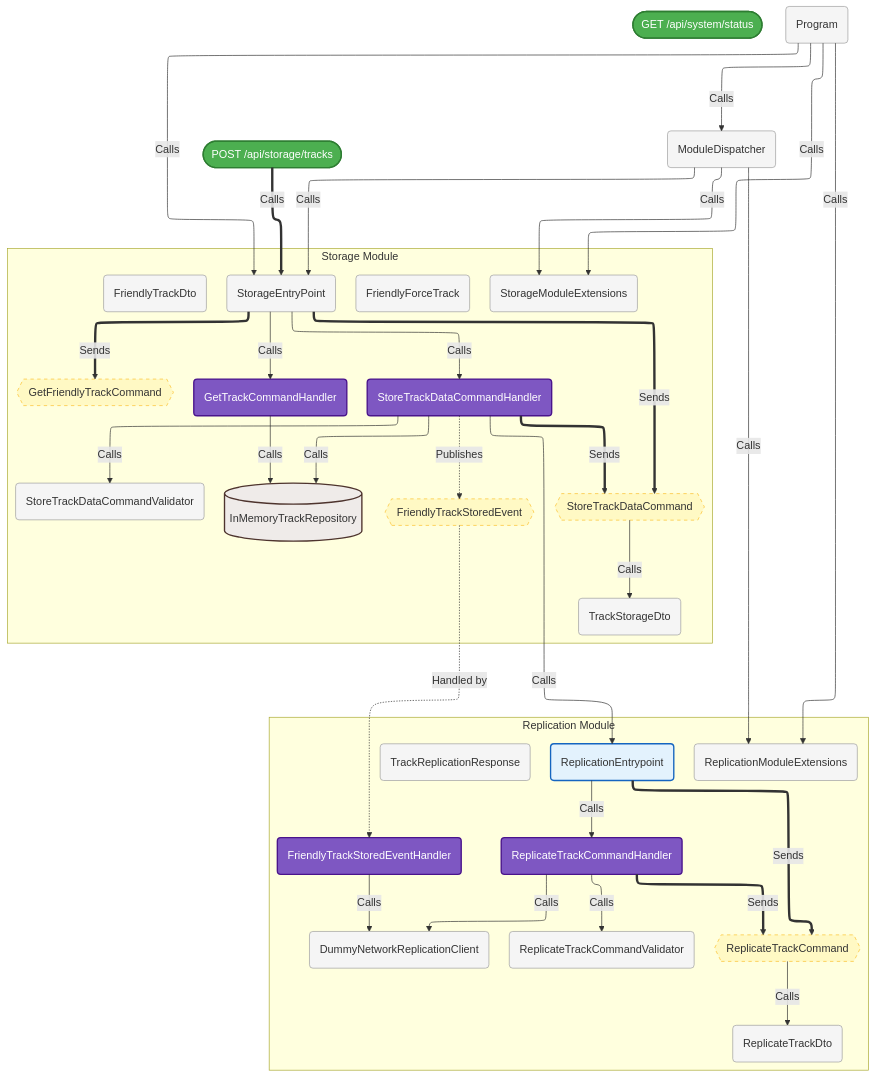
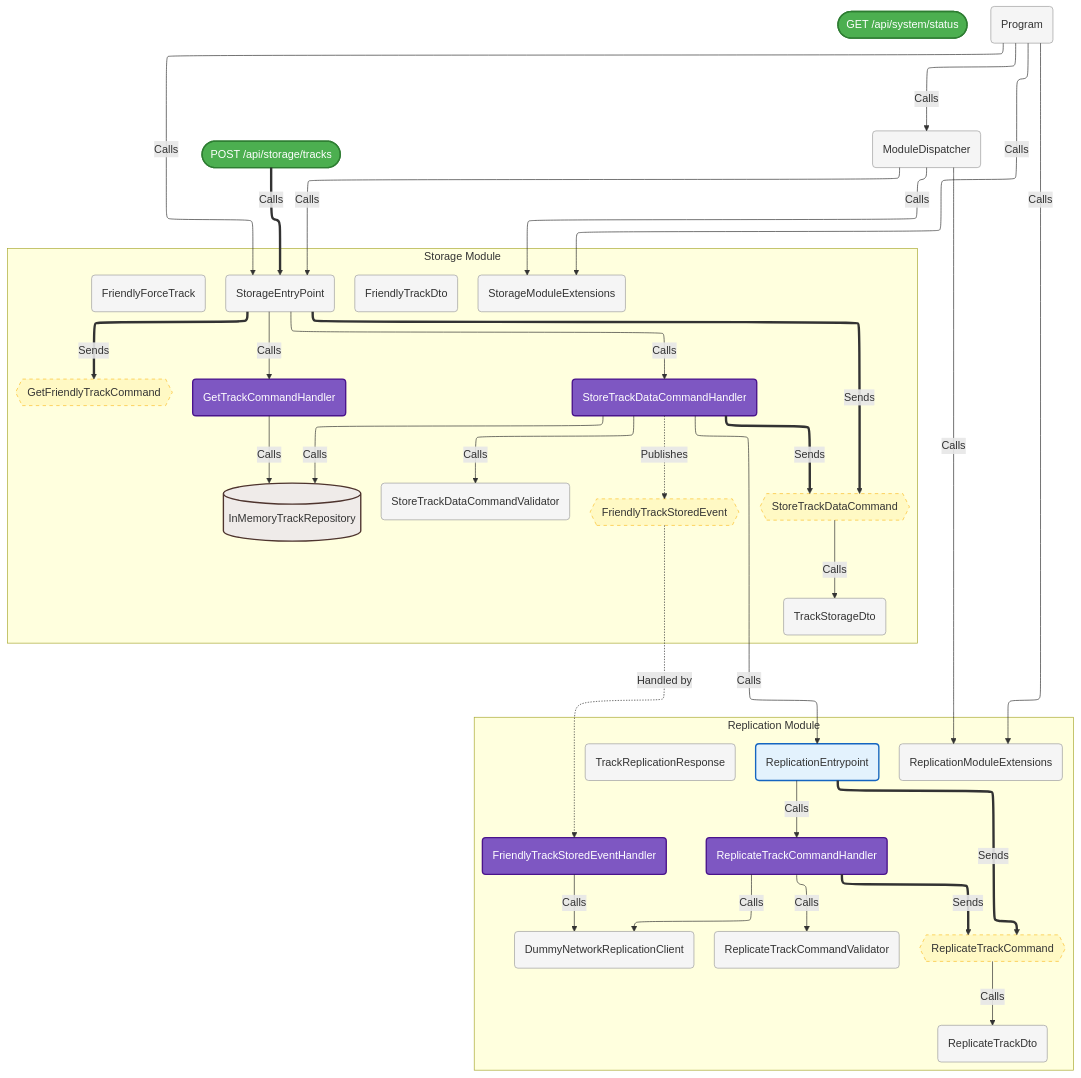
The diagram in src/Modulith.WebApi/ComponentDiagram.mmd (Wsm2110/Faster.Modulith.Pragmatic), drawn with Mermaid before and after one commit. The commit also changed other lines of this file and 1 other file, not shown here.

Commit message:
Add readme with auto generated architecture diagram

```diff
--- a/src/Modulith.WebApi/ComponentDiagram.mmd
+++ b/src/Modulith.WebApi/ComponentDiagram.mmd
@@ -1,64 +1,64 @@
 %%{init: {'flowchart': {'defaultRenderer': 'elk'}} }%%
 graph TD
     classDef endpoint fill:#4caf50,stroke:#2e7d32,stroke-width:2px,color:white;
     classDef facade fill:#e3f2fd,stroke:#1565c0,stroke-width:2px;
     classDef handler fill:#7e57c2,stroke:#4a148c,stroke-width:2px,color:white;
     classDef db fill:#efebe9,stroke:#4e342e,stroke-width:2px,shape:cylinder;
     classDef message fill:#fff9c4,stroke:#fbc02d,stroke-width:1px,stroke-dasharray: 5 5;
     classDef generic fill:#f5f5f5,stroke:#9e9e9e,stroke-width:1px;
     EP_POST_api_storage_tracks(["POST /api/storage/tracks"]):::endpoint
     EP_GET_api_system_status(["GET /api/system/status"]):::endpoint
     Program("Program"):::generic
     ModuleDispatcher("ModuleDispatcher"):::generic
-    subgraph Storage_Module ["Storage Module"]
-        Modulith_WebApi_Modules_Storage_StorageModuleExtensions("StorageModuleExtensions"):::generic
-        Modulith_WebApi_Modules_Storage_Application_StorageEntryPoint("StorageEntryPoint"):::generic
-        Modulith_WebApi_Modules_Storage_Application_CommandHandlers_StoreTrackDataCommand{{"StoreTrackDataCommand"}}:::message
-        Modulith_WebApi_Modules_Storage_Application_CommandHandlers_StoreTrackDataCommandValidator("StoreTrackDataCommandValidator"):::generic
-        Modulith_WebApi_Modules_Storage_Application_CommandHandlers_StoreTrackDataCommandHandler("StoreTrackDataCommandHandler"):::handler
-        Modulith_WebApi_Modules_Storage_Application_CommandHandlers_GetFriendlyTrackCommand{{"GetFriendlyTrackCommand"}}:::message
-        Modulith_WebApi_Modules_Storage_Application_CommandHandlers_GetTrackCommandHandler("GetTrackCommandHandler"):::handler
-        Modulith_WebApi_Modules_Storage_Infrastructure_InMemoryTrackRepository[("InMemoryTrackRepository")]:::db
-        Modulith_WebApi_Modules_Storage_Contracts_FriendlyTrackDto("FriendlyTrackDto"):::generic
-        Modulith_WebApi_Modules_Storage_Contracts_FriendlyTrackStoredEvent{{"FriendlyTrackStoredEvent"}}:::message
-        Modulith_WebApi_Modules_Storage_Contracts_TrackStorageDto("TrackStorageDto"):::generic
-        Modulith_WebApi_Modules_Storage_Domain_FriendlyForceTrack("FriendlyForceTrack"):::generic
-    end
     subgraph Replication_Module ["Replication Module"]
         Modulith_WebApi_Modules_Replication_ReplicationModuleExtensions("ReplicationModuleExtensions"):::generic
         Modulith_WebApi_Modules_Replication_Contracts_ReplicateTrackDto("ReplicateTrackDto"):::generic
         Modulith_WebApi_Modules_Replication_Contracts_TrackReplicationResponse("TrackReplicationResponse"):::generic
         Modulith_WebApi_Modules_Replication_Application_ReplicationEntrypoint("ReplicationEntrypoint"):::facade
+        Modulith_WebApi_Modules_Replication_Application_EventHandlers_FriendlyTrackStoredEventHandler("FriendlyTrackStoredEventHandler"):::handler
         Modulith_WebApi_Modules_Replication_Application_CommandHandlers_ReplicateTrackCommand{{"ReplicateTrackCommand"}}:::message
         Modulith_WebApi_Modules_Replication_Application_CommandHandlers_ReplicateTrackCommandValidator("ReplicateTrackCommandValidator"):::generic
         Modulith_WebApi_Modules_Replication_Application_CommandHandlers_ReplicateTrackCommandHandler("ReplicateTrackCommandHandler"):::handler
-        Modulith_WebApi_Modules_Replication_Application_EventHandlers_FriendlyTrackStoredEventHandler("FriendlyTrackStoredEventHandler"):::handler
         Modulith_WebApi_Modules_Replication_Infrastructure_DummyNetworkReplicationClient("DummyNetworkReplicationClient"):::generic
+    end
+    subgraph Storage_Module ["Storage Module"]
+        Modulith_WebApi_Modules_Storage_StorageModuleExtensions("StorageModuleExtensions"):::generic
+        Modulith_WebApi_Modules_Storage_Domain_FriendlyForceTrack("FriendlyForceTrack"):::generic
+        Modulith_WebApi_Modules_Storage_Contracts_FriendlyTrackDto("FriendlyTrackDto"):::generic
+        Modulith_WebApi_Modules_Storage_Contracts_FriendlyTrackStoredEvent{{"FriendlyTrackStoredEvent"}}:::message
+        Modulith_WebApi_Modules_Storage_Contracts_TrackStorageDto("TrackStorageDto"):::generic
+        Modulith_WebApi_Modules_Storage_Application_StorageEntryPoint("StorageEntryPoint"):::generic
+        Modulith_WebApi_Modules_Storage_Application_CommandHandlers_GetFriendlyTrackCommand{{"GetFriendlyTrackCommand"}}:::message
+        Modulith_WebApi_Modules_Storage_Application_CommandHandlers_GetTrackCommandHandler("GetTrackCommandHandler"):::handler
+        Modulith_WebApi_Modules_Storage_Application_CommandHandlers_StoreTrackDataCommand{{"StoreTrackDataCommand"}}:::message
+        Modulith_WebApi_Modules_Storage_Application_CommandHandlers_StoreTrackDataCommandValidator("StoreTrackDataCommandValidator"):::generic
+        Modulith_WebApi_Modules_Storage_Application_CommandHandlers_StoreTrackDataCommandHandler("StoreTrackDataCommandHandler"):::handler
+        Modulith_WebApi_Modules_Storage_Infrastructure_InMemoryTrackRepository[("InMemoryTrackRepository")]:::db
     end
     Program -->|"Calls"| ModuleDispatcher
     Program -->|"Calls"| Modulith_WebApi_Modules_Storage_StorageModuleExtensions
     Program -->|"Calls"| Modulith_WebApi_Modules_Replication_ReplicationModuleExtensions
     Program -->|"Calls"| Modulith_WebApi_Modules_Storage_Application_StorageEntryPoint
     EP_POST_api_storage_tracks ==>|"Calls"| Modulith_WebApi_Modules_Storage_Application_StorageEntryPoint
     ModuleDispatcher -->|"Calls"| Modulith_WebApi_Modules_Storage_StorageModuleExtensions
     ModuleDispatcher -->|"Calls"| Modulith_WebApi_Modules_Replication_ReplicationModuleExtensions
     ModuleDispatcher -->|"Calls"| Modulith_WebApi_Modules_Storage_Application_StorageEntryPoint
+    Modulith_WebApi_Modules_Replication_Application_ReplicationEntrypoint -->|"Calls"| Modulith_WebApi_Modules_Replication_Application_CommandHandlers_ReplicateTrackCommandHandler
+    Modulith_WebApi_Modules_Replication_Application_EventHandlers_FriendlyTrackStoredEventHandler -->|"Calls"| Modulith_WebApi_Modules_Replication_Infrastructure_DummyNetworkReplicationClient
+    Modulith_WebApi_Modules_Replication_Application_CommandHandlers_ReplicateTrackCommand -->|"Calls"| Modulith_WebApi_Modules_Replication_Contracts_ReplicateTrackDto
+    Modulith_WebApi_Modules_Replication_Application_CommandHandlers_ReplicateTrackCommandHandler -->|"Calls"| Modulith_WebApi_Modules_Replication_Application_CommandHandlers_ReplicateTrackCommandValidator
+    Modulith_WebApi_Modules_Replication_Application_CommandHandlers_ReplicateTrackCommandHandler -->|"Calls"| Modulith_WebApi_Modules_Replication_Infrastructure_DummyNetworkReplicationClient
     Modulith_WebApi_Modules_Storage_Application_StorageEntryPoint -->|"Calls"| Modulith_WebApi_Modules_Storage_Application_CommandHandlers_StoreTrackDataCommandHandler
     Modulith_WebApi_Modules_Storage_Application_StorageEntryPoint -->|"Calls"| Modulith_WebApi_Modules_Storage_Application_CommandHandlers_GetTrackCommandHandler
+    Modulith_WebApi_Modules_Storage_Application_CommandHandlers_GetTrackCommandHandler -->|"Calls"| Modulith_WebApi_Modules_Storage_Infrastructure_InMemoryTrackRepository
     Modulith_WebApi_Modules_Storage_Application_CommandHandlers_StoreTrackDataCommand -->|"Calls"| Modulith_WebApi_Modules_Storage_Contracts_TrackStorageDto
     Modulith_WebApi_Modules_Storage_Application_CommandHandlers_StoreTrackDataCommandHandler -->|"Calls"| Modulith_WebApi_Modules_Storage_Application_CommandHandlers_StoreTrackDataCommandValidator
     Modulith_WebApi_Modules_Storage_Application_CommandHandlers_StoreTrackDataCommandHandler -->|"Calls"| Modulith_WebApi_Modules_Storage_Infrastructure_InMemoryTrackRepository
     Modulith_WebApi_Modules_Storage_Application_CommandHandlers_StoreTrackDataCommandHandler -->|"Calls"| Modulith_WebApi_Modules_Replication_Application_ReplicationEntrypoint
-    Modulith_WebApi_Modules_Storage_Application_CommandHandlers_GetTrackCommandHandler -->|"Calls"| Modulith_WebApi_Modules_Storage_Infrastructure_InMemoryTrackRepository
-    Modulith_WebApi_Modules_Replication_Application_ReplicationEntrypoint -->|"Calls"| Modulith_WebApi_Modules_Replication_Application_CommandHandlers_ReplicateTrackCommandHandler
-    Modulith_WebApi_Modules_Replication_Application_CommandHandlers_ReplicateTrackCommand -->|"Calls"| Modulith_WebApi_Modules_Replication_Contracts_ReplicateTrackDto
-    Modulith_WebApi_Modules_Replication_Application_CommandHandlers_ReplicateTrackCommandHandler -->|"Calls"| Modulith_WebApi_Modules_Replication_Application_CommandHandlers_ReplicateTrackCommandValidator
-    Modulith_WebApi_Modules_Replication_Application_CommandHandlers_ReplicateTrackCommandHandler -->|"Calls"| Modulith_WebApi_Modules_Replication_Infrastructure_DummyNetworkReplicationClient
-    Modulith_WebApi_Modules_Replication_Application_EventHandlers_FriendlyTrackStoredEventHandler -->|"Calls"| Modulith_WebApi_Modules_Replication_Infrastructure_DummyNetworkReplicationClient
+    Modulith_WebApi_Modules_Replication_Application_ReplicationEntrypoint ==>|"Sends"| Modulith_WebApi_Modules_Replication_Application_CommandHandlers_ReplicateTrackCommand
+    Modulith_WebApi_Modules_Replication_Application_CommandHandlers_ReplicateTrackCommandHandler ==>|"Sends"| Modulith_WebApi_Modules_Replication_Application_CommandHandlers_ReplicateTrackCommand
     Modulith_WebApi_Modules_Storage_Application_StorageEntryPoint ==>|"Sends"| Modulith_WebApi_Modules_Storage_Application_CommandHandlers_StoreTrackDataCommand
     Modulith_WebApi_Modules_Storage_Application_StorageEntryPoint ==>|"Sends"| Modulith_WebApi_Modules_Storage_Application_CommandHandlers_GetFriendlyTrackCommand
     Modulith_WebApi_Modules_Storage_Application_CommandHandlers_StoreTrackDataCommandHandler ==>|"Sends"| Modulith_WebApi_Modules_Storage_Application_CommandHandlers_StoreTrackDataCommand
     Modulith_WebApi_Modules_Storage_Application_CommandHandlers_StoreTrackDataCommandHandler -.->|"Publishes"| Modulith_WebApi_Modules_Storage_Contracts_FriendlyTrackStoredEvent
     Modulith_WebApi_Modules_Storage_Contracts_FriendlyTrackStoredEvent -.->|"Handled by"| Modulith_WebApi_Modules_Replication_Application_EventHandlers_FriendlyTrackStoredEventHandler
-    Modulith_WebApi_Modules_Replication_Application_ReplicationEntrypoint ==>|"Sends"| Modulith_WebApi_Modules_Replication_Application_CommandHandlers_ReplicateTrackCommand
-    Modulith_WebApi_Modules_Replication_Application_CommandHandlers_ReplicateTrackCommandHandler ==>|"Sends"| Modulith_WebApi_Modules_Replication_Application_CommandHandlers_ReplicateTrackCommand
```
